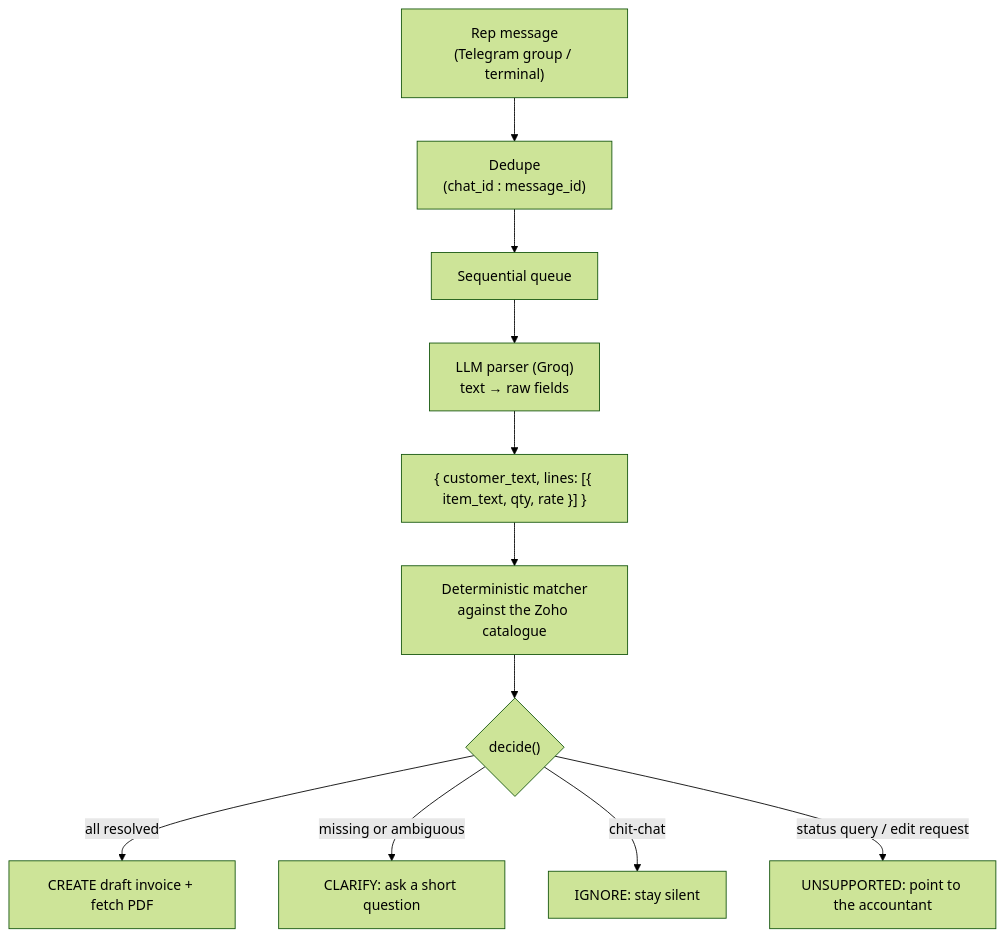
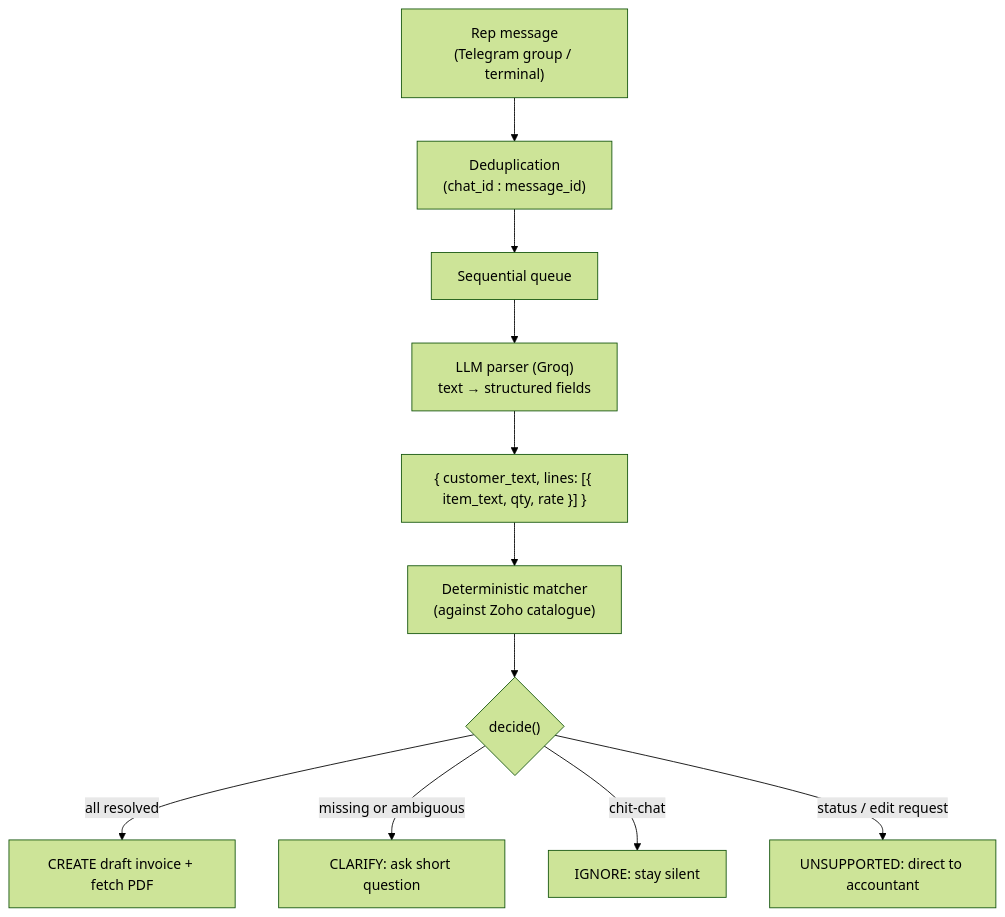
One commit to arjunvkaimal/zoho-invoice-agent changed the diagram in README.md. Above: the diagram before and after it, drawn with Mermaid (forest theme). The commit also changed other lines of this file, not shown here.

````diff
--- a/README.md
+++ b/README.md
@@ -41,13 +41,13 @@
 ```mermaid
 flowchart TD
-  A["Rep message\n(Telegram group / terminal)"] --> B["Dedupe\n(chat_id : message_id)"]
+  A["Rep message\n(Telegram group / terminal)"] --> B["Deduplication\n(chat_id : message_id)"]
   B --> C["Sequential queue"]
-  C --> D["LLM parser (Groq)\ntext → raw fields"]
+  C --> D["LLM parser (Groq)\ntext → structured fields"]
   D --> E["{ customer_text, lines: [{ item_text, qty, rate }] }"]
-  E --> F["Deterministic matcher\nagainst the Zoho catalogue"]
+  E --> F["Deterministic matcher\n(against Zoho catalogue)"]
   F --> G{"decide()"}
   G -->|"all resolved"| H["CREATE draft invoice + fetch PDF"]
-  G -->|"missing or ambiguous"| I["CLARIFY: ask a short question"]
+  G -->|"missing or ambiguous"| I["CLARIFY: ask short question"]
   G -->|"chit-chat"| J["IGNORE: stay silent"]
-  G -->|"status query / edit request"| K["UNSUPPORTED: point to the accountant"]
+  G -->|"status / edit request"| K["UNSUPPORTED: direct to accountant"]
 ```
````
